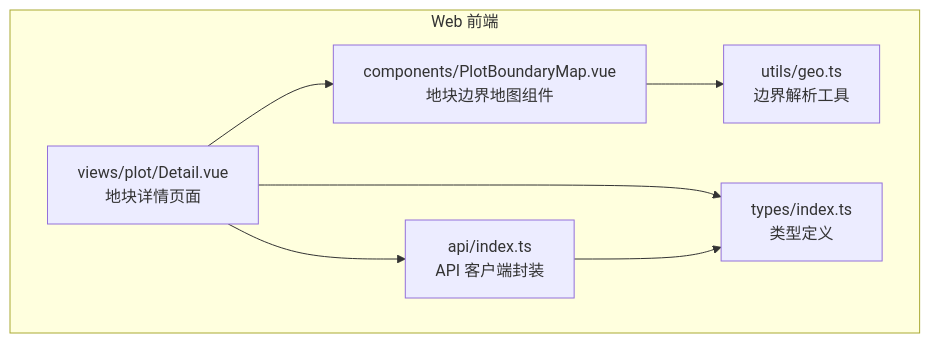
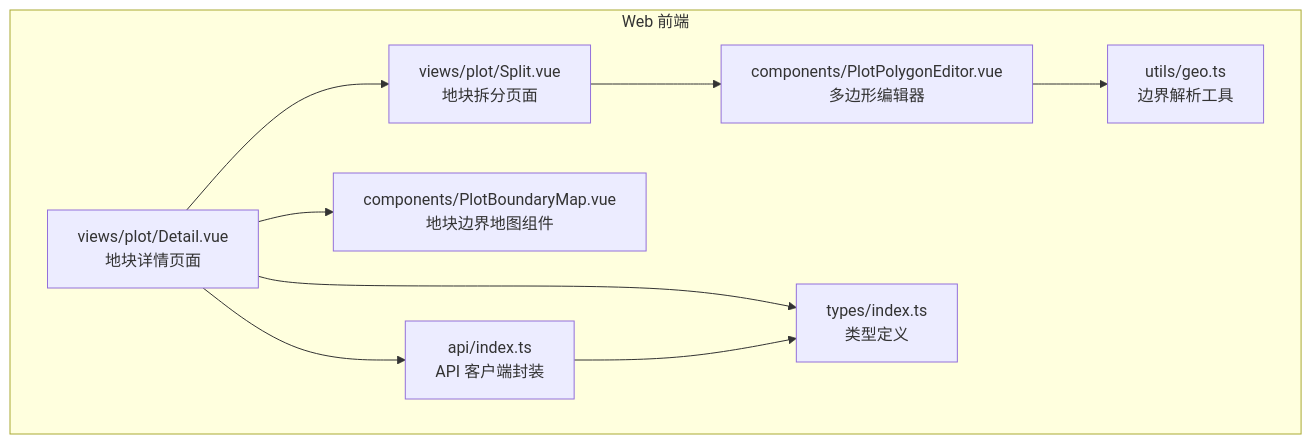
Before and after one commit to q446328246/agri-platform: the first of 8 diagrams in .qoder/repowiki/zh/content/前端应用文档/核心页面/地块管理页面/地块详情页面.md, drawn with Mermaid. The commit also changed other lines of this file and 52 other files, not shown here.

````diff
--- a/.qoder/repowiki/zh/content/前端应用文档/核心页面/地块管理页面/地块详情页面.md
+++ b/.qoder/repowiki/zh/content/前端应用文档/核心页面/地块管理页面/地块详情页面.md
@@ -35,15 +47,19 @@
 ```mermaid
 graph TB
 subgraph "Web 前端"
 Detail["views/plot/Detail.vue<br/>地块详情页面"]
+Split["views/plot/Split.vue<br/>地块拆分页面"]
 MapComp["components/PlotBoundaryMap.vue<br/>地块边界地图组件"]
+PolygonEditor["components/PlotPolygonEditor.vue<br/>多边形编辑器"]
 GeoUtil["utils/geo.ts<br/>边界解析工具"]
 ApiClient["api/index.ts<br/>API 客户端封装"]
 Types["types/index.ts<br/>类型定义"]
 end
 Detail --> ApiClient
 Detail --> MapComp
-MapComp --> GeoUtil
+Detail --> Split
+Split --> PolygonEditor
+PolygonEditor --> GeoUtil
 Detail --> Types
 ApiClient --> Types
 ```
````
